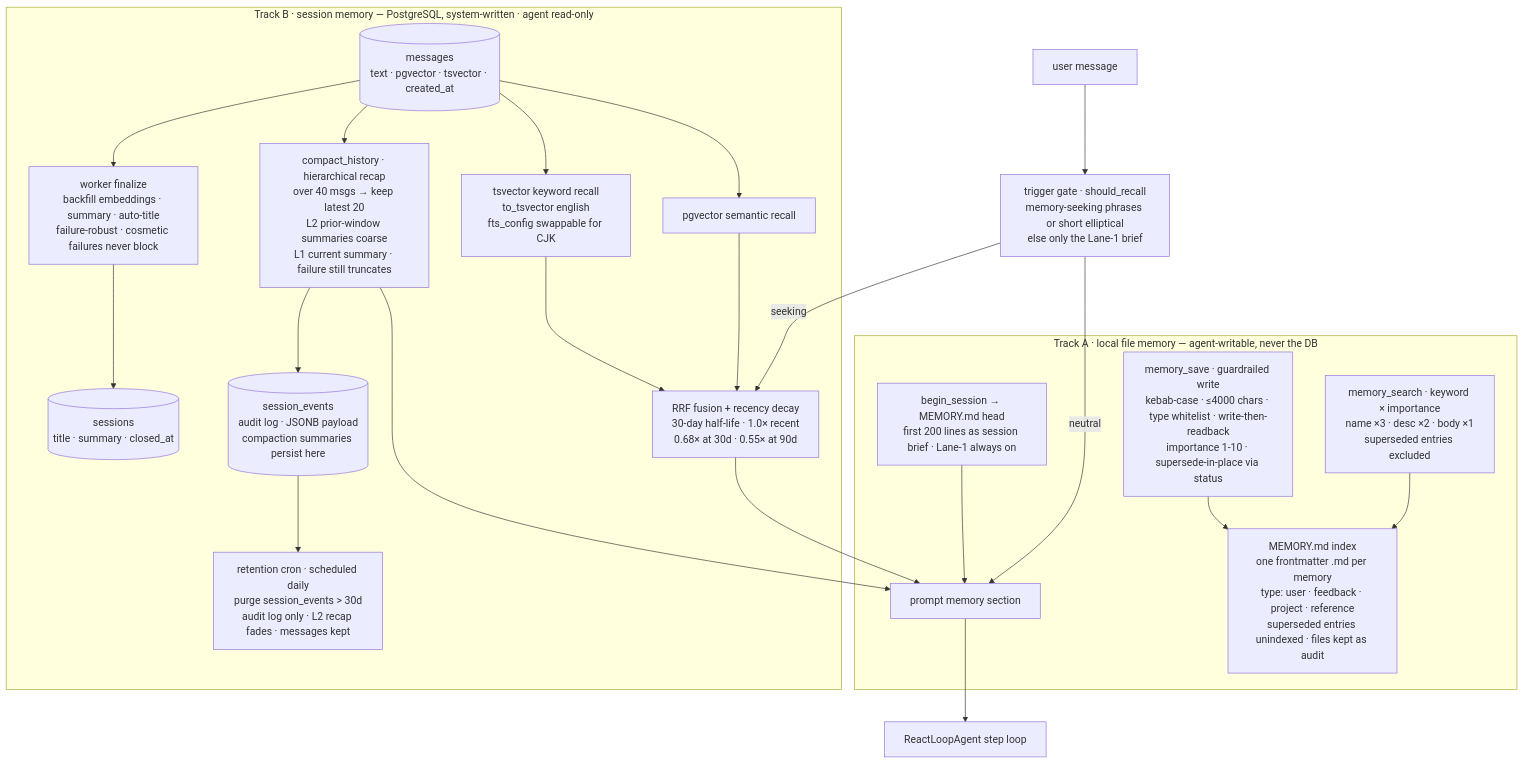
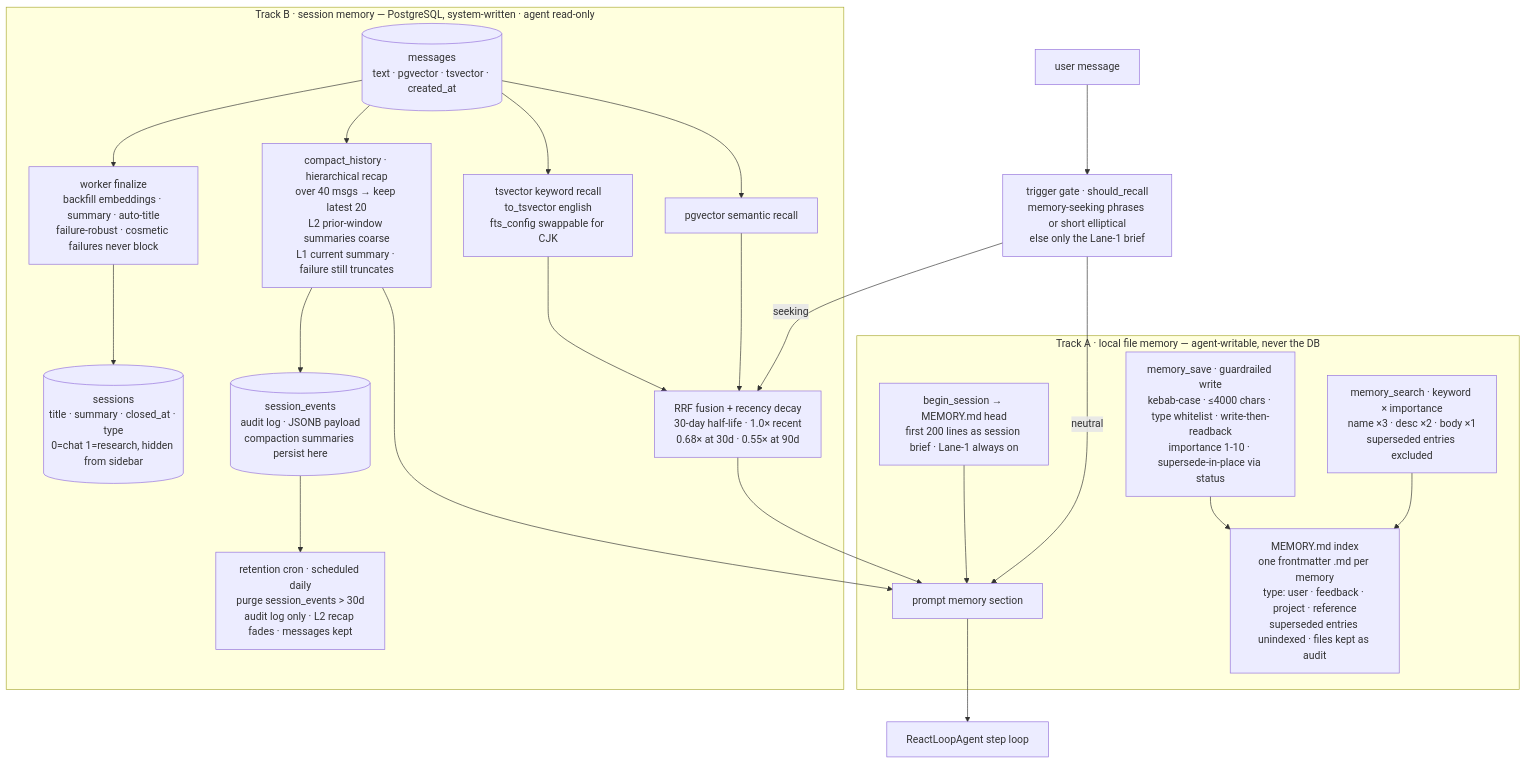
The third of 5 diagrams in docs/architecture-diagrams.md (Eric-LLMs/DeepDive), drawn with Mermaid before and after one commit. The commit also changed 5 other files, not shown here.

````diff
--- a/docs/architecture-diagrams.md
+++ b/docs/architecture-diagrams.md
@@ -84,48 +84,48 @@
 ```mermaid
 flowchart TB
     %% Invariants: thinking never persisted · messages never deleted by compaction/retention ·
     %% memory_save writes the memdir only (never PG) · vector-channel failure → tsvector-only (never silent empty) ·
     %% superseding marks a memory, never deletes it (audit file kept) · cosmetic failures never block the main flow
 
     P[prompt memory section]
 
     subgraph trackA["Track A · local file memory — agent-writable, never the DB"]
         FILES[MEMORY.md index<br/>one frontmatter .md per memory<br/>type: user · feedback · project · reference<br/>superseded entries unindexed · files kept as audit]
         WRITE[memory_save · guardrailed write<br/>kebab-case · ≤4000 chars · type whitelist · write-then-readback<br/>importance 1-10 · supersede-in-place via status]
         SEARCH[memory_search · keyword × importance<br/>name ×3 · desc ×2 · body ×1<br/>superseded entries excluded]
         BRIEF[begin_session → MEMORY.md head<br/>first 200 lines as session brief · Lane-1 always on]
         WRITE --> FILES
         SEARCH --> FILES
         BRIEF --> P
     end
 
     subgraph trackB["Track B · session memory — PostgreSQL, system-written · agent read-only"]
         MSGS[(messages<br/>text · pgvector · tsvector · created_at)]
-        SESS[(sessions<br/>title · summary · closed_at)]
+        SESS[(sessions<br/>title · summary · closed_at · type<br/>0=chat 1=research, hidden from sidebar)]
         EVTS[(session_events<br/>audit log · JSONB payload<br/>compaction summaries persist here)]
         KW[tsvector keyword recall<br/>to_tsvector english<br/>fts_config swappable for CJK]
         VEC[pgvector semantic recall]
         RRF[RRF fusion + recency decay<br/>30-day half-life · 1.0× recent<br/>0.68× at 30d · 0.55× at 90d]
         COMPACT[compact_history · hierarchical recap<br/>over 40 msgs → keep latest 20<br/>L2 prior-window summaries coarse<br/>L1 current summary · failure still truncates]
         FINAL[worker finalize<br/>backfill embeddings · summary · auto-title<br/>failure-robust · cosmetic failures never block]
         SWEEP[retention cron · scheduled daily<br/>purge session_events > 30d<br/>audit log only · L2 recap fades · messages kept]
         MSGS --> KW
         MSGS --> VEC
         KW --> RRF
         VEC --> RRF
         MSGS --> COMPACT
         MSGS --> FINAL
         COMPACT --> P
         COMPACT --> EVTS
         EVTS --> SWEEP
         FINAL --> SESS
     end
 
     USER[user message]
     GATE[trigger gate · should_recall<br/>memory-seeking phrases or short elliptical<br/>else only the Lane-1 brief]
     USER --> GATE
     GATE -- seeking --> RRF
     GATE -- neutral --> P
     RRF --> P
     P --> AGENT[ReactLoopAgent step loop]
 ```
````
